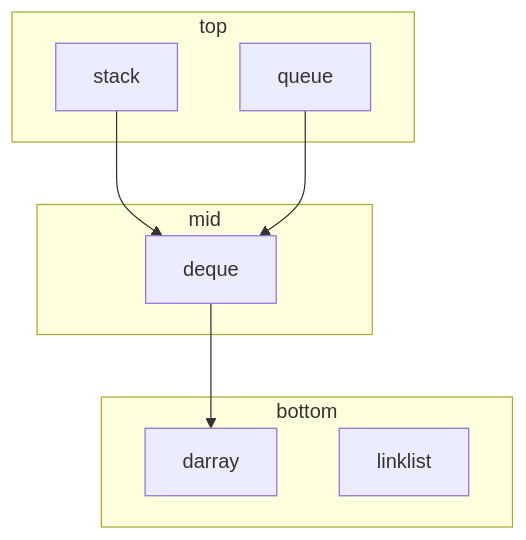
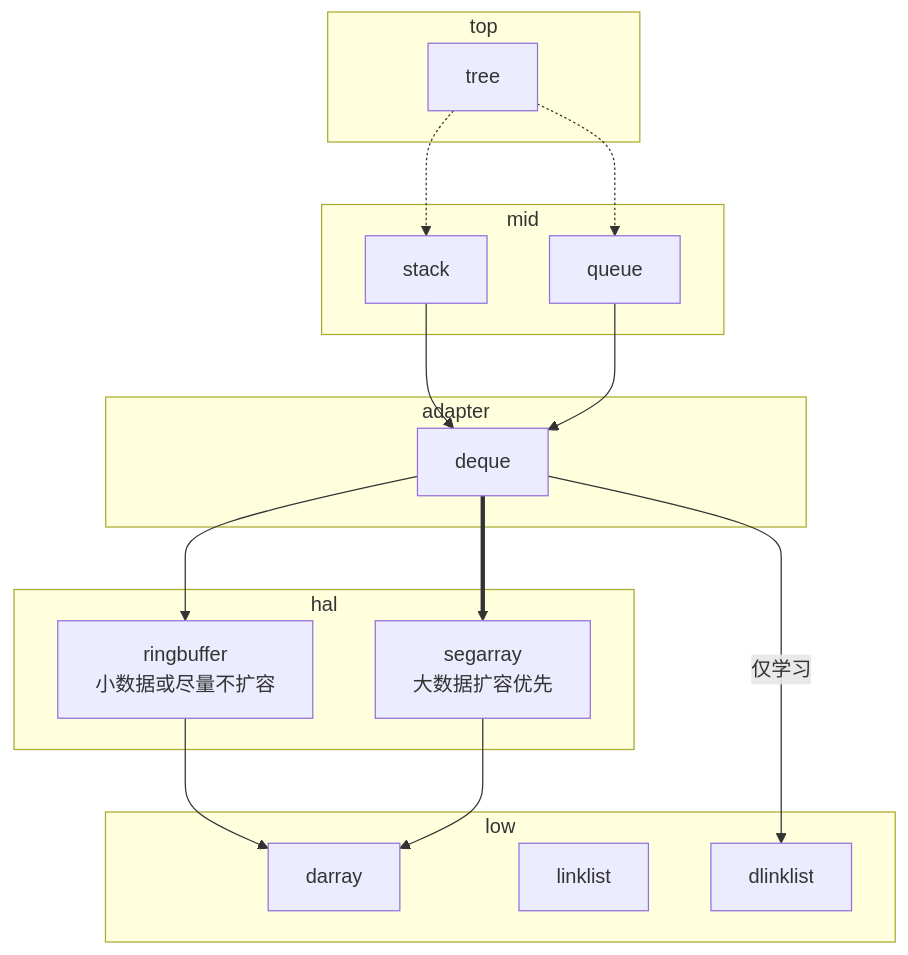
The diagram in doc/README.md (Orig5826/unicstl), drawn with Mermaid before and after one commit. The commit also changed 16 other files, not shown here.

````diff
--- a/doc/README.md
+++ b/doc/README.md
@@ -5,16 +5,29 @@
 ```mermaid
 flowchart TB
-    subgraph bottom
+    subgraph low
         darray
         linklist
+        dlinklist
+    end
+
+    subgraph hal
+        ringbuffer[ringbuffer<br>小数据或尽量不扩容] --> darray
+        segarray[segarray<br>大数据扩容优先] --> darray
+    end
+
+    subgraph adapter
+        deque -->|仅学习| dlinklist
+        deque ==> segarray
+        deque --> ringbuffer
     end
 
     subgraph mid
-        deque --> darray
+        stack --> deque
+        queue --> deque
     end
 
     subgraph top
-        stack --> deque
-        queue --> deque
+        tree -.-> stack
+        tree -.-> queue
     end
 ```
````
